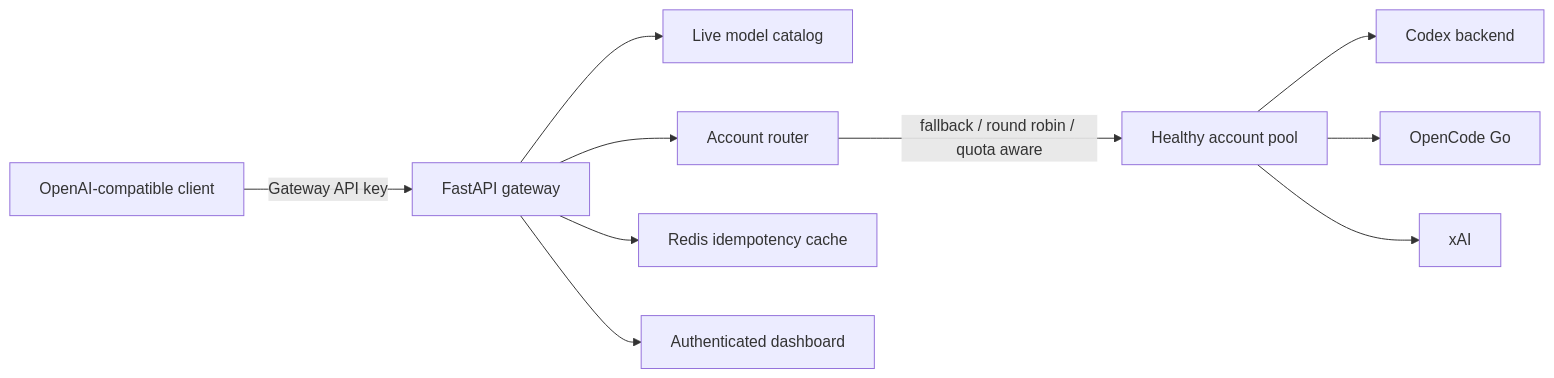
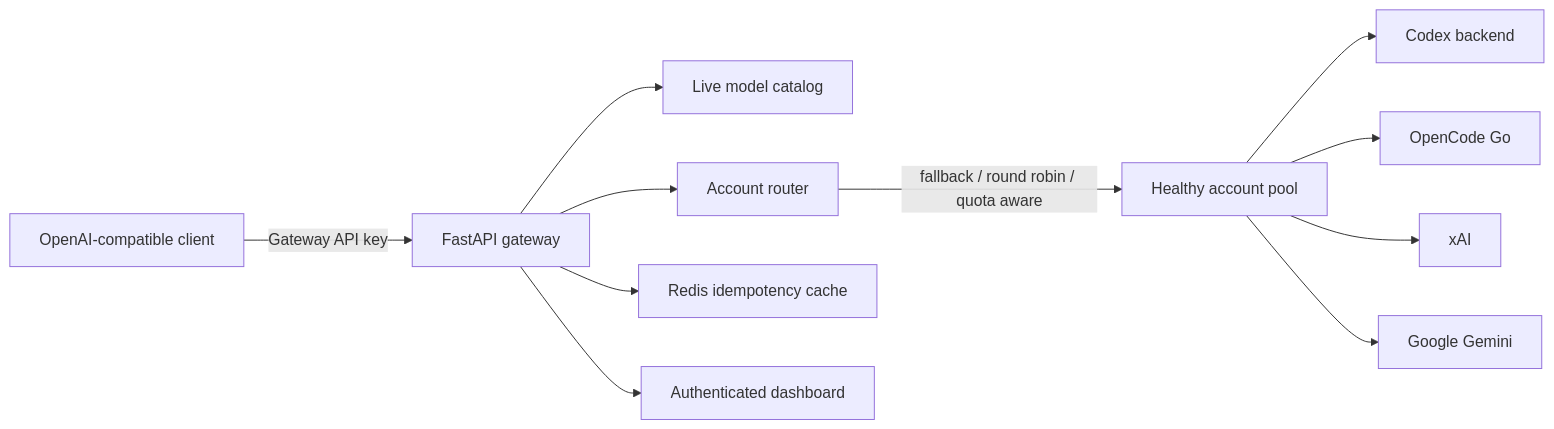
Before and after one commit to hetsaraiya/openai-gateway: the diagram in README.md, drawn with Mermaid. The commit also changed other lines of this file and 16 other files, not shown here.

````diff
--- a/README.md
+++ b/README.md
@@ -26,12 +26,13 @@
 ```mermaid
 flowchart LR
     Client["OpenAI-compatible client"] -->|"Gateway API key"| API["FastAPI gateway"]
     API --> Catalog["Live model catalog"]
     API --> Router["Account router"]
     API --> Dedup["Redis idempotency cache"]
     Router -->|"fallback / round robin / quota aware"| Accounts["Healthy account pool"]
     Accounts --> Codex["Codex backend"]
     Accounts --> OpenCode["OpenCode Go"]
     Accounts --> XAI["xAI"]
+    Accounts --> Gemini["Google Gemini"]
     API --> Dashboard["Authenticated dashboard"]
 ```
````
